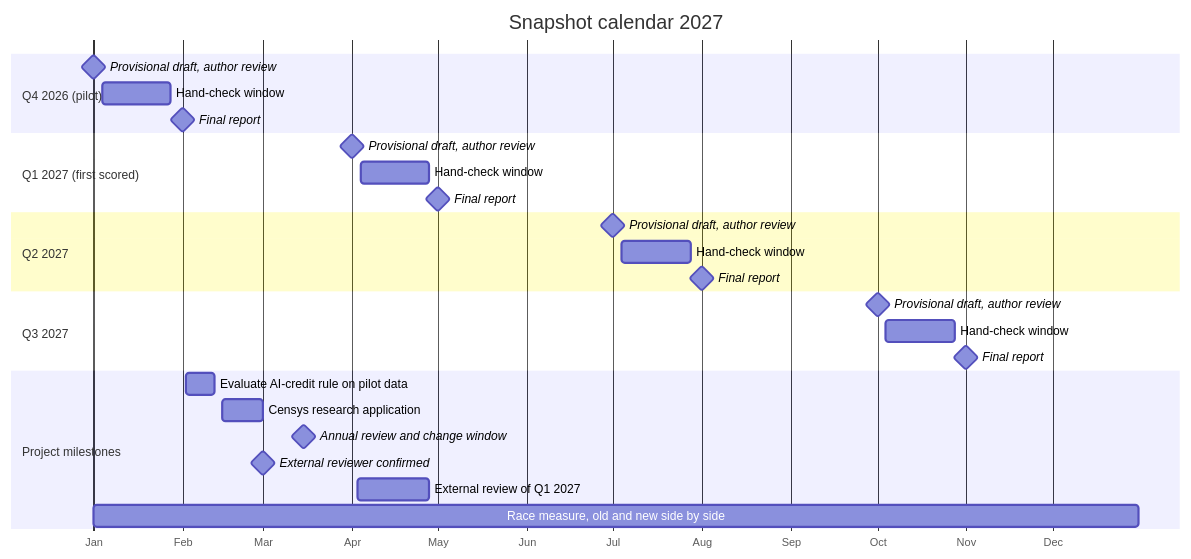
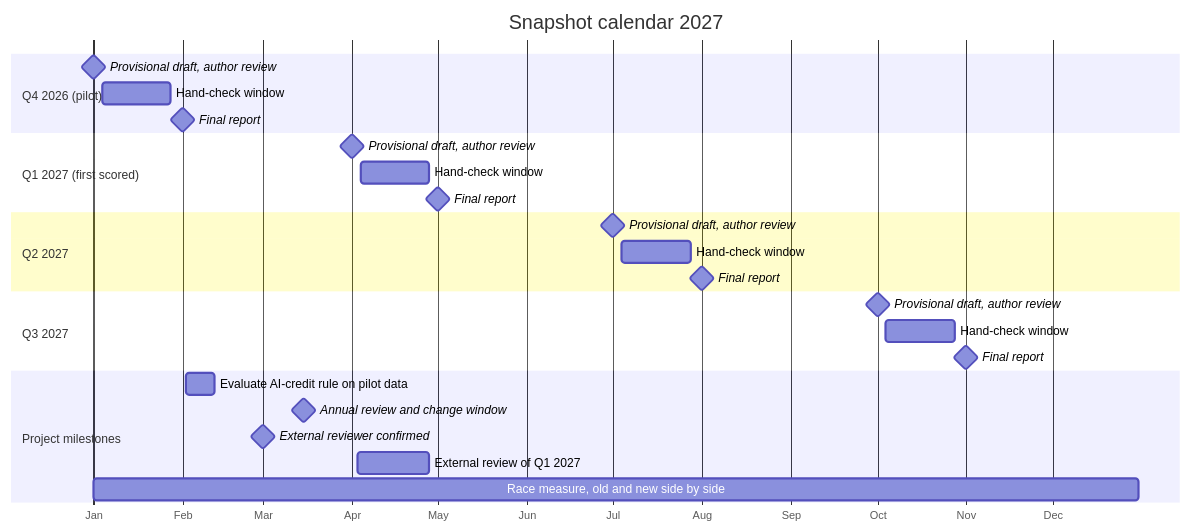
One commit to pagagne/internet-security-snapshot changed the diagram in docs/diagrams/calendar_2027.mmd. Above: the diagram before and after it, drawn with Mermaid. The commit also changed 17 other files, not shown here.

First line of the commit message:
Brainstorm decisions of 25 Oct: exploratory sources scheduled, Censys application to 17 Nov, inquiry log, watch cases by rule

```diff
--- a/docs/diagrams/calendar_2027.mmd
+++ b/docs/diagrams/calendar_2027.mmd
@@ -1,28 +1,27 @@
 gantt
   title Snapshot calendar 2027
   dateFormat YYYY-MM-DD
   axisFormat %b
   tickInterval 1month
   section Q4 2026 (pilot)
     Provisional draft, author review :milestone, 2027-01-01, 0d
     Hand-check window            :2027-01-04, 2027-01-28
     Final report                :milestone, 2027-02-01, 0d
   section Q1 2027 (first scored)
     Provisional draft, author review :milestone, 2027-04-01, 0d
     Hand-check window            :2027-04-04, 2027-04-28
     Final report                :milestone, 2027-05-01, 0d
   section Q2 2027
     Provisional draft, author review :milestone, 2027-07-01, 0d
     Hand-check window            :2027-07-04, 2027-07-28
     Final report                :milestone, 2027-08-01, 0d
   section Q3 2027
     Provisional draft, author review :milestone, 2027-10-01, 0d
     Hand-check window            :2027-10-04, 2027-10-28
     Final report                :milestone, 2027-11-01, 0d
   section Project milestones
     Evaluate AI-credit rule on pilot data :2027-02-02, 2027-02-12
-    Censys research application :2027-02-15, 14d
     Annual review and change window :milestone, 2027-03-15, 0d
     External reviewer confirmed :milestone, 2027-03-01, 0d
     External review of Q1 2027 :2027-04-03, 2027-04-28
     Race measure, old and new side by side :2027-01-01, 2027-12-31
```
